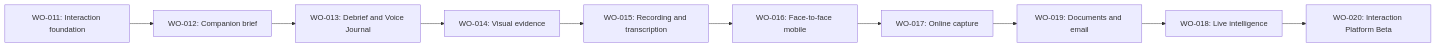
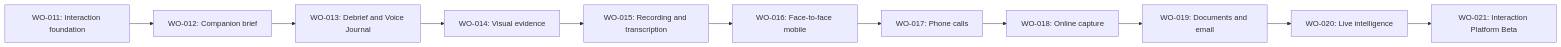
One commit to KevinFinnerty2205/revenueos changed the diagram in docs/06-roadmap/interaction-intelligence-roadmap.md. Above: the diagram before and after it, drawn with Mermaid. The commit also changed other lines of this file and 84 other files, not shown here.

Commit message:
feat(interactions): add phone call intelligence

````diff
--- a/docs/06-roadmap/interaction-intelligence-roadmap.md
+++ b/docs/06-roadmap/interaction-intelligence-roadmap.md
@@ -11,12 +12,13 @@
 ```mermaid
 flowchart LR
     A["WO-011: Interaction foundation"] --> B["WO-012: Companion brief"]
     B --> C["WO-013: Debrief and Voice Journal"]
     C --> D["WO-014: Visual evidence"]
     D --> E["WO-015: Recording and transcription"]
     E --> F["WO-016: Face-to-face mobile"]
-    F --> G["WO-017: Online capture"]
-    G --> H["WO-019: Documents and email"]
-    H --> I["WO-018: Live intelligence"]
-    I --> J["WO-020: Interaction Platform Beta"]
+    F --> G["WO-017: Phone calls"]
+    G --> H["WO-018: Online capture"]
+    H --> I["WO-019: Documents and email"]
+    I --> J["WO-020: Live intelligence"]
+    J --> K["WO-021: Interaction Platform Beta"]
 ```
````
